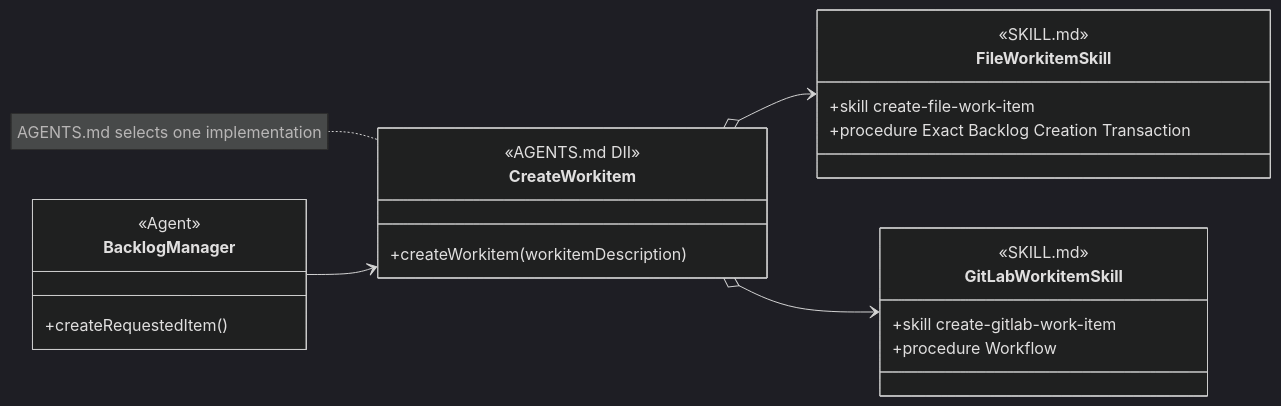
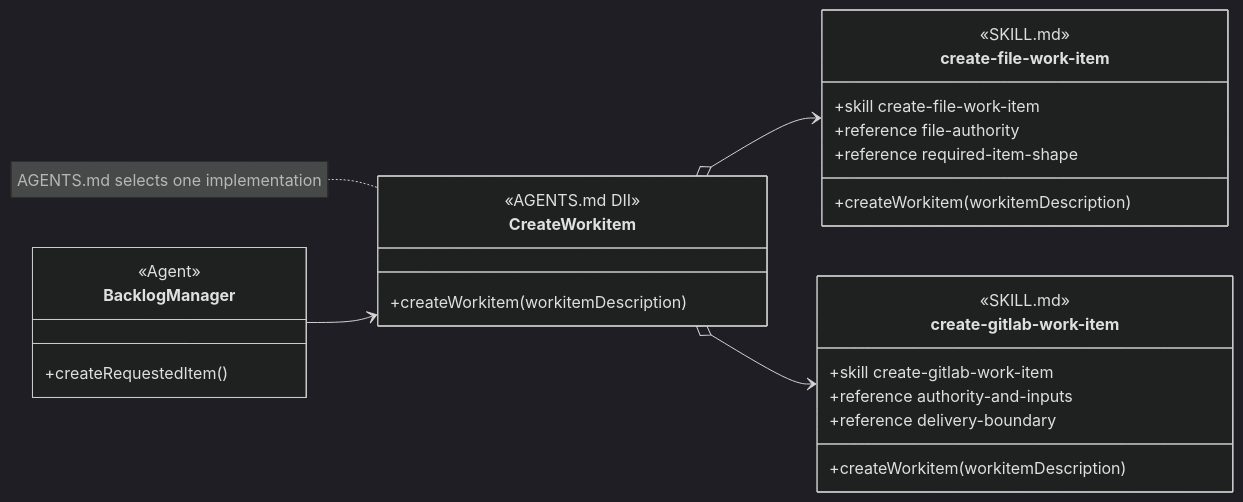
One commit to martinbechard/dev-methodology changed the third of 11 diagrams in design/object-oriented-agent-and-skill-model.md. Above: the diagram before and after it, drawn with Mermaid (dark theme). The commit also changed other lines of this file and 2 other files, not shown here.

Commit message:
Refine skill anatomy modeling

````diff
--- a/design/object-oriented-agent-and-skill-model.md
+++ b/design/object-oriented-agent-and-skill-model.md
@@ -160,34 +219,38 @@
 ```mermaid
 classDiagram
     direction LR
 
     class BacklogManager {
         <<Agent>>
         +createRequestedItem()
     }
 
     class CreateWorkitem {
         <<AGENTS.md DII>>
         +createWorkitem(workitemDescription)
     }
 
-    class FileWorkitemSkill {
+    class create-file-work-item {
         <<SKILL.md>>
         <<Injectable Skill>>
         +skill create-file-work-item
-        +procedure Exact Backlog Creation Transaction
+        +createWorkitem(workitemDescription)
+        +reference file-authority
+        +reference required-item-shape
     }
 
-    class GitLabWorkitemSkill {
+    class create-gitlab-work-item {
         <<SKILL.md>>
         <<Injectable Skill>>
         +skill create-gitlab-work-item
-        +procedure Workflow
+        +createWorkitem(workitemDescription)
+        +reference authority-and-inputs
+        +reference delivery-boundary
     }
 
     BacklogManager --> CreateWorkitem
-    CreateWorkitem o--> FileWorkitemSkill
-    CreateWorkitem o--> GitLabWorkitemSkill
+    CreateWorkitem o--> create-file-work-item
+    CreateWorkitem o--> create-gitlab-work-item
 
     note for CreateWorkitem "AGENTS.md selects one implementation"
 ```
````
